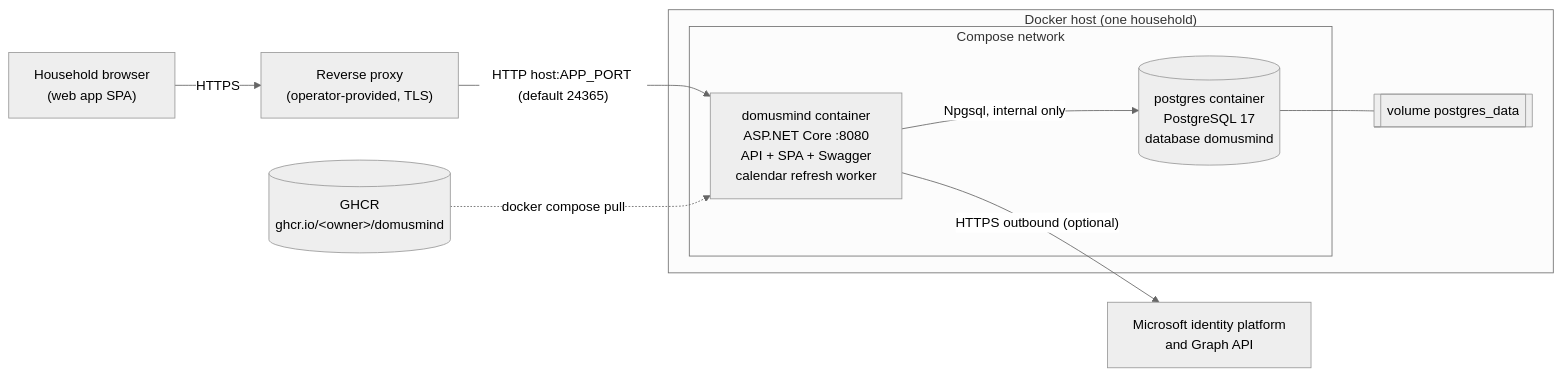
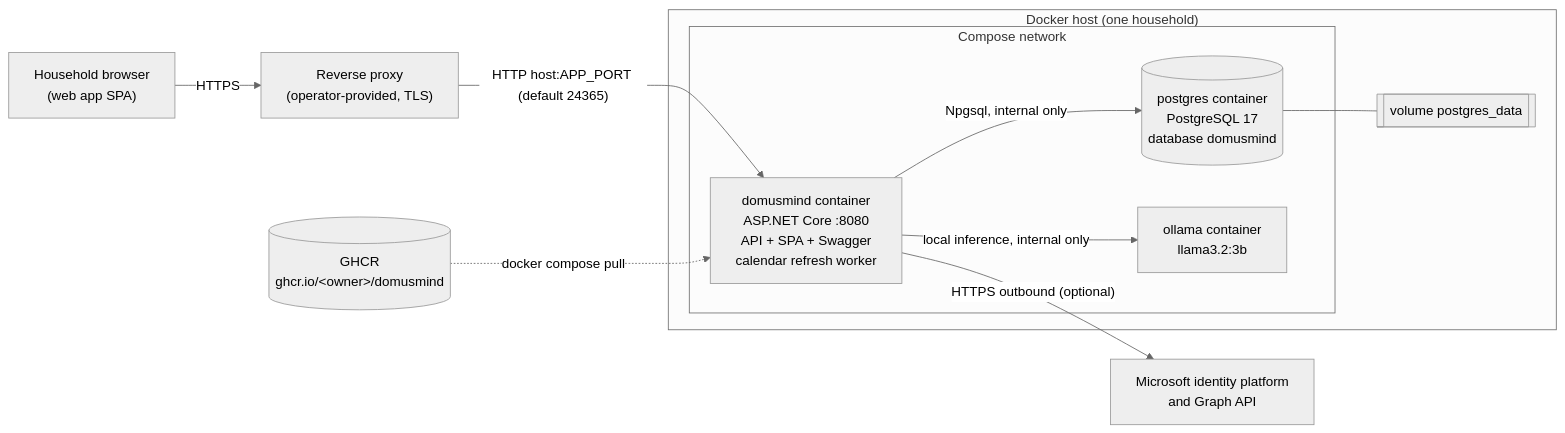
Before and after one commit to juangcarmona/domusmind: the first of 2 diagrams in docs/architecture/07-deployment-view.md, drawn with Mermaid (neutral theme). The commit also changed other lines of this file and 124 other files, not shown here.

````diff
--- a/docs/architecture/07-deployment-view.md
+++ b/docs/architecture/07-deployment-view.md
@@ -17,22 +17,24 @@
 ```mermaid
 flowchart LR
     browser["Household browser<br/>(web app SPA)"]
     proxy["Reverse proxy<br/>(operator-provided, TLS)"]
     ghcr[("GHCR<br/>ghcr.io/&lt;owner&gt;/domusmind")]
     graphApi["Microsoft identity platform<br/>and Graph API"]
 
     subgraph host["Docker host (one household)"]
         subgraph compose["Compose network"]
             app["domusmind container<br/>ASP.NET Core :8080<br/>API + SPA + Swagger<br/>calendar refresh worker"]
             db[("postgres container<br/>PostgreSQL 17<br/>database domusmind")]
+            ollama["ollama container<br/>llama3.2:3b"]
         end
         vol[["volume postgres_data"]]
     end
 
     browser -- HTTPS --> proxy
     proxy -- "HTTP host:APP_PORT (default 24365)" --> app
     app -- "Npgsql, internal only" --> db
     db --- vol
+    app -- "local inference, internal only" --> ollama
     app -- "HTTPS outbound (optional)" --> graphApi
     ghcr -. "docker compose pull" .-> app
 ```
````
